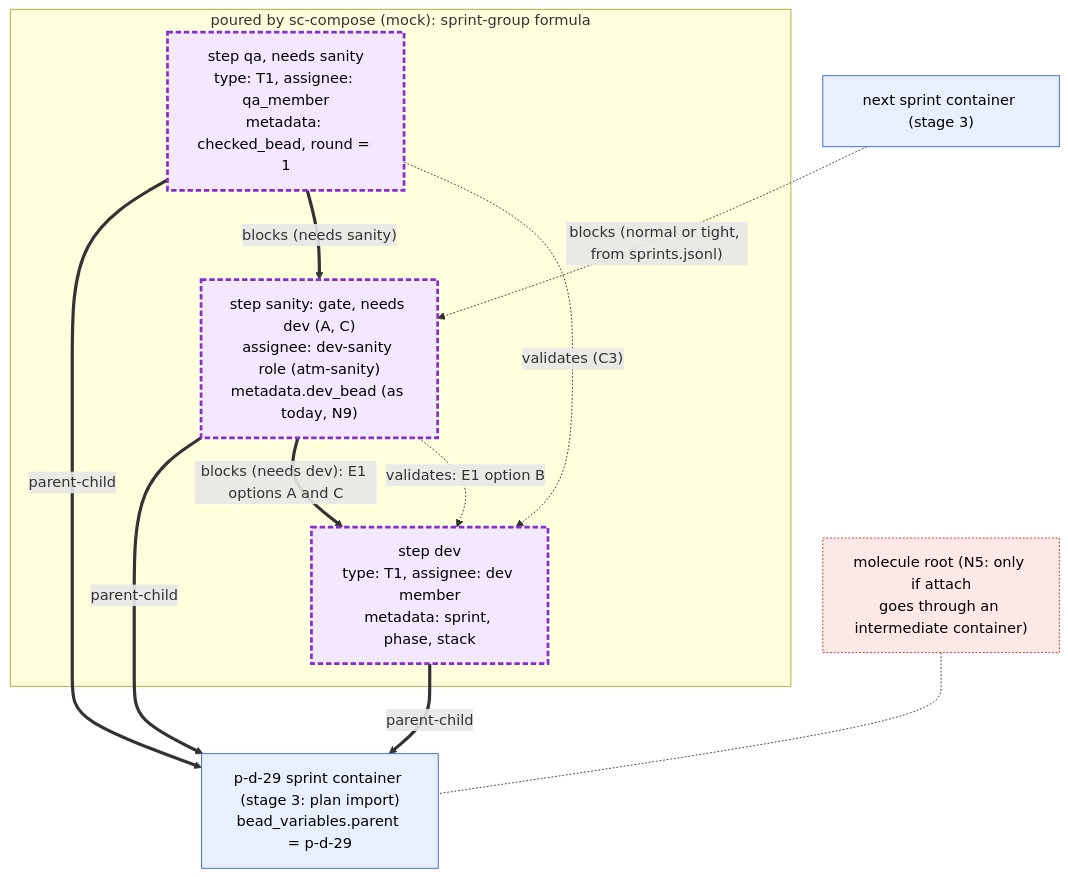
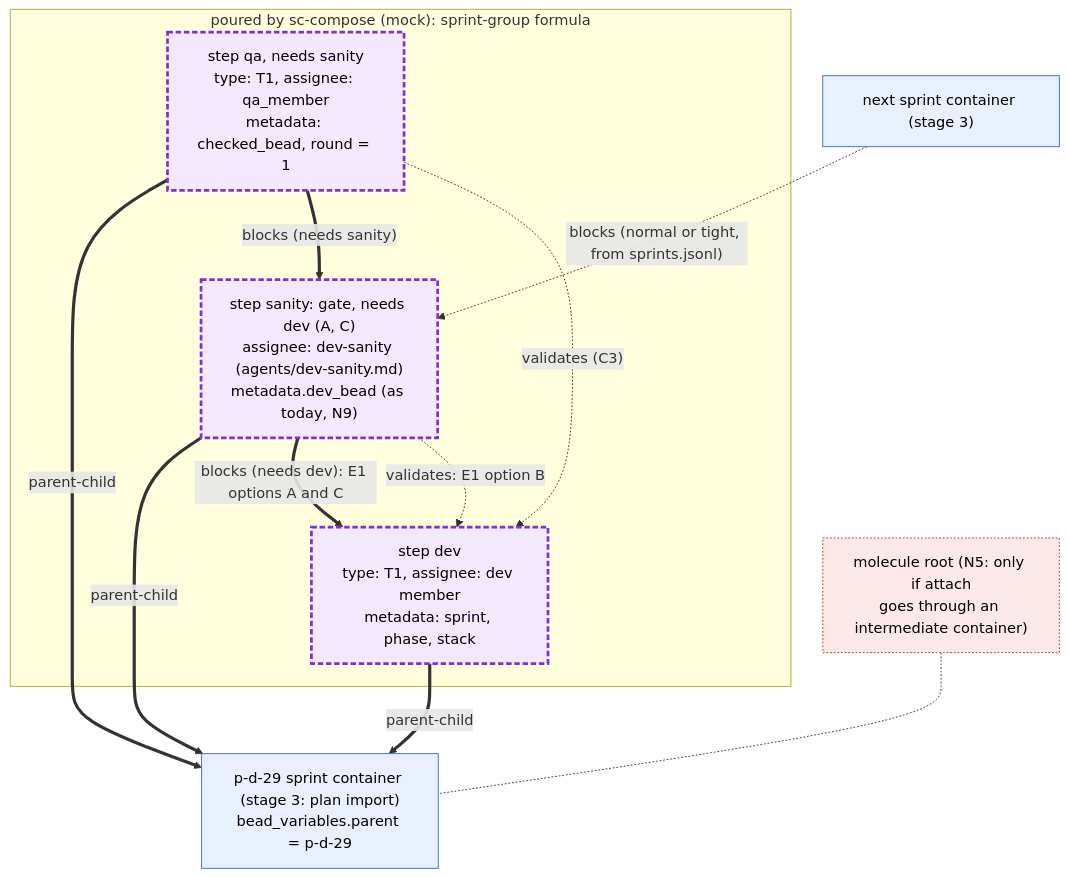
Before and after one commit to randlee/atm-bd-orchestration: the second of 4 diagrams in docs/diagrams/07-sc-compose-formula.md, drawn with Mermaid. The commit also changed other lines of this file and 6 other files, not shown here.

First line of the commit message:
docs: apply Rand's 2026-10-03 flat fix model to the bead diagrams

````diff
--- a/docs/diagrams/07-sc-compose-formula.md
+++ b/docs/diagrams/07-sc-compose-formula.md
@@ -112,25 +124,25 @@
 ```mermaid
 flowchart TB
   classDef tmpl fill:#e8f0fe,stroke:#3367d6,color:#000
   classDef poured fill:#f3e8fd,stroke:#8430ce,stroke-width:3px,stroke-dasharray:6 3,color:#000
   classDef open fill:#fce8e6,stroke:#c5221f,stroke-dasharray:2 2,color:#000
 
   SPR["p-d-29 sprint container (stage 3: plan import)<br/>bead_variables.parent = p-d-29"]:::tmpl
   MOL["molecule root (N5: only if attach<br/>goes through an intermediate container)"]:::open
   subgraph POUR["poured by sc-compose (mock): sprint-group formula"]
     DEV["step dev<br/>type: T1, assignee: dev member<br/>metadata: sprint, phase, stack"]:::poured
-    SAN["step sanity: gate, needs dev (A, C)<br/>assignee: dev-sanity role (atm-sanity)<br/>metadata.dev_bead (as today, N9)"]:::poured
+    SAN["step sanity: gate, needs dev (A, C)<br/>assignee: dev-sanity (agents/dev-sanity.md)<br/>metadata.dev_bead (as today, N9)"]:::poured
     QA["step qa, needs sanity<br/>type: T1, assignee: qa_member<br/>metadata: checked_bead, round = 1"]:::poured
   end
   NEXT["next sprint container (stage 3)"]:::tmpl
 
   DEV ==>|parent-child| SPR
   SAN ==>|parent-child| SPR
   QA ==>|parent-child| SPR
   SAN ==>|"blocks (needs dev): E1 options A and C"| DEV
   SAN -.->|"validates: E1 option B"| DEV
   QA ==>|"blocks (needs sanity)"| SAN
   QA -.->|"validates (C3)"| DEV
   NEXT -.->|"blocks (normal or tight, from sprints.jsonl)"| SAN
   MOL -.- SPR
 ```
````
